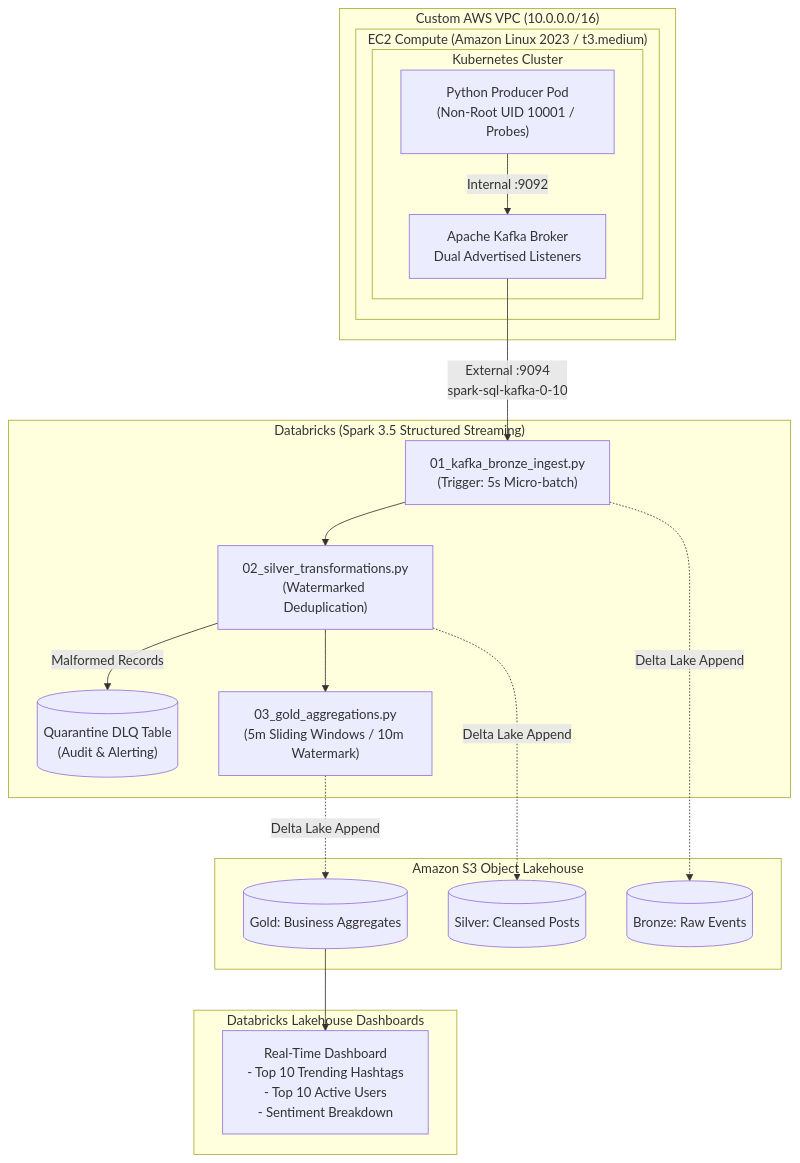
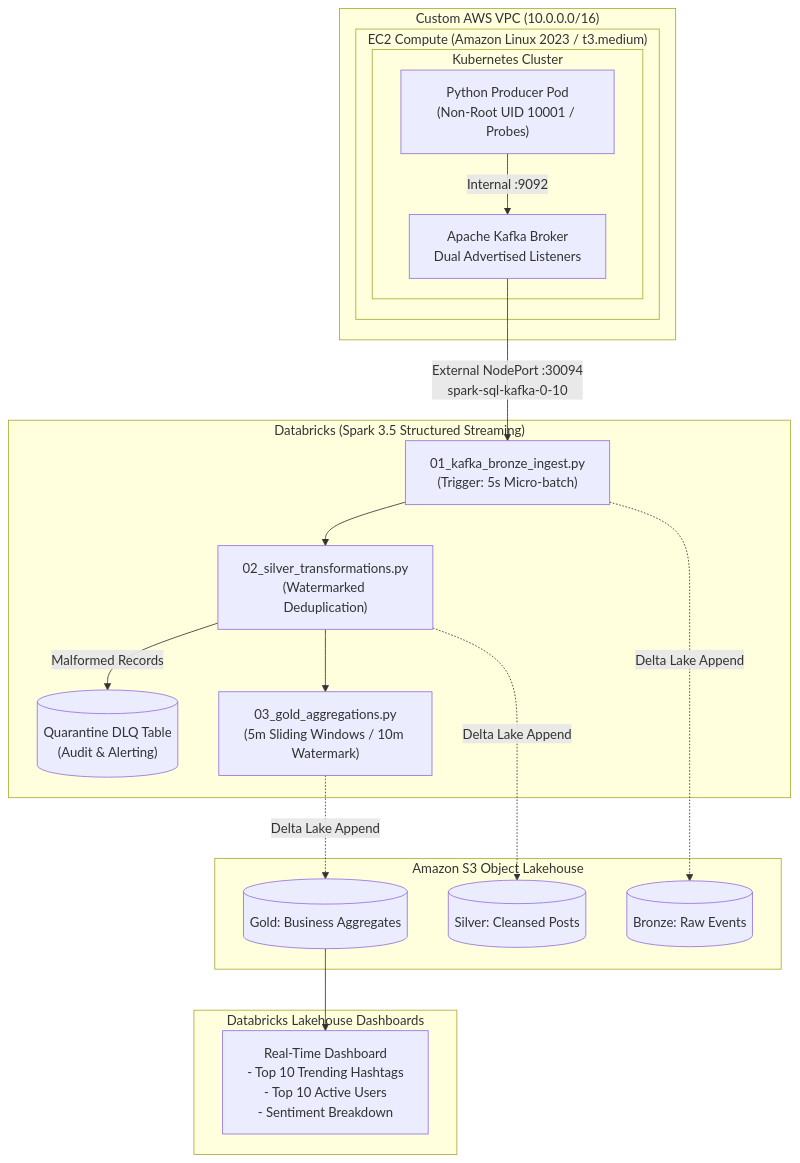
The diagram in README.md (Yeshwanth-Kumar-H/real-time-social-media-lakehouse), drawn with Mermaid before and after one commit. The commit also changed other lines of this file and 7 other files, not shown here.

Commit message:
fix(networking): standardize on NodePort 30094, remove unmanaged port-forward, add DLQ rejection_reason, and align full jitter formula

````diff
--- a/README.md
+++ b/README.md
@@ -30,27 +30,27 @@
 ```mermaid
 flowchart TD
     subgraph AWS_VPC ["Custom AWS VPC (10.0.0.0/16)"]
         subgraph EC2_Node ["EC2 Compute (Amazon Linux 2023 / t3.medium)"]
             subgraph K8s_Minikube ["Kubernetes Cluster"]
                 PROD["Python Producer Pod<br/>(Non-Root UID 10001 / Probes)"] -->|Internal :9092| KAFKA["Apache Kafka Broker<br/>Dual Advertised Listeners"]
             end
         end
     end
 
     subgraph Databricks_Engine ["Databricks (Spark 3.5 Structured Streaming)"]
-        KAFKA -->|External :9094<br/>spark-sql-kafka-0-10| B_INGEST["01_kafka_bronze_ingest.py<br/>(Trigger: 5s Micro-batch)"]
+        KAFKA -->|External NodePort :30094<br/>spark-sql-kafka-0-10| B_INGEST["01_kafka_bronze_ingest.py<br/>(Trigger: 5s Micro-batch)"]
         B_INGEST --> S_TRANS["02_silver_transformations.py<br/>(Watermarked Deduplication)"]
         S_TRANS -->|Malformed Records| DLQ_TABLE[("Quarantine DLQ Table<br/>(Audit & Alerting)")]
         S_TRANS --> G_AGGR["03_gold_aggregations.py<br/>(5m Sliding Windows / 10m Watermark)"]
     end
 
     subgraph S3_Storage ["Amazon S3 Object Lakehouse"]
         B_INGEST -.->|Delta Lake Append| B_STORE[("Bronze: Raw Events")]
         S_TRANS -.->|Delta Lake Append| S_STORE[("Silver: Cleansed Posts")]
         G_AGGR -.->|Delta Lake Append| G_STORE[("Gold: Business Aggregates")]
     end
 
     subgraph Lakehouse_BI ["Databricks Lakehouse Dashboards"]
         G_STORE --> DASH["Real-Time Dashboard<br/>- Top 10 Trending Hashtags<br/>- Top 10 Active Users<br/>- Sentiment Breakdown"]
     end
 ```
````
